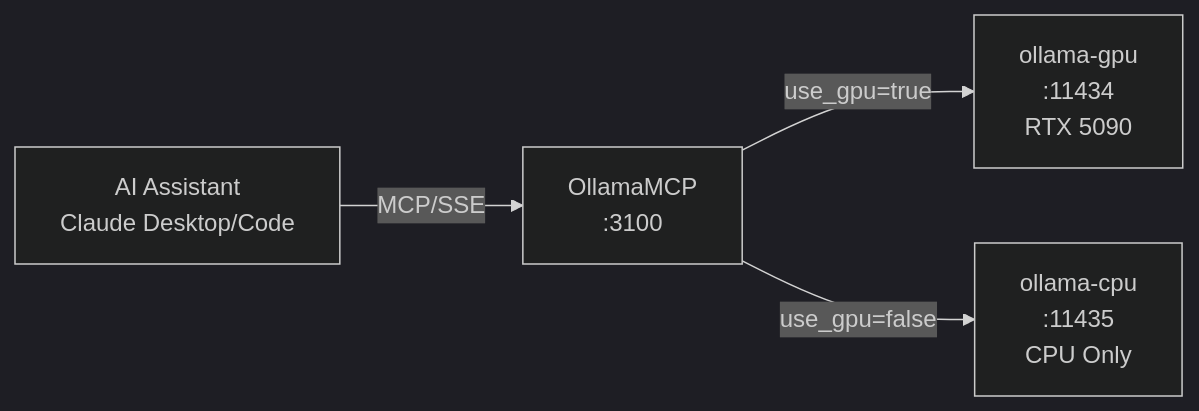
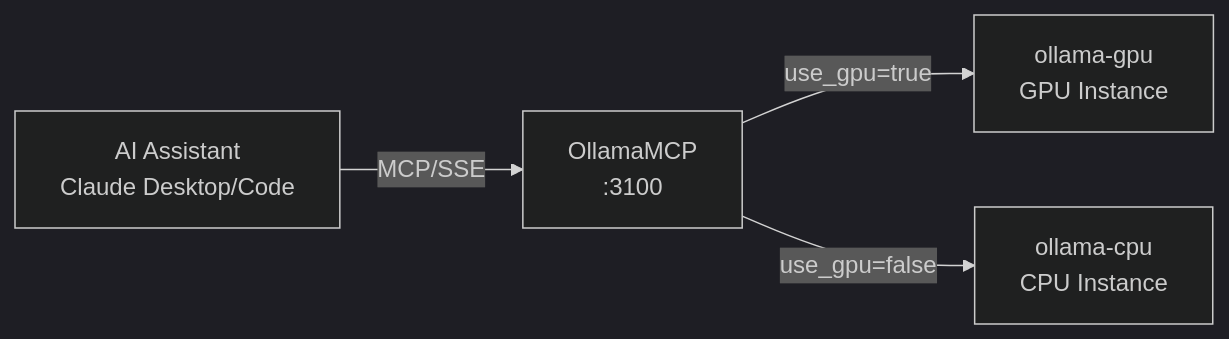
Before and after one commit to jpansarasa/ATLAS-Docs: the diagram in OllamaMCP/README.md, drawn with Mermaid (dark theme). The commit also changed other lines of this file and 17 other files, not shown here.

````diff
--- a/OllamaMCP/README.md
+++ b/OllamaMCP/README.md
@@ -11,6 +11,6 @@
 ```mermaid
 flowchart LR
     AI[AI Assistant<br/>Claude Desktop/Code] -->|MCP/SSE| MCP[OllamaMCP<br/>:3100]
-    MCP -->|use_gpu=true| GPU[ollama-gpu<br/>:11434<br/>RTX 5090]
-    MCP -->|use_gpu=false| CPU[ollama-cpu<br/>:11435<br/>CPU Only]
+    MCP -->|use_gpu=true| GPU[ollama-gpu<br/>GPU Instance]
+    MCP -->|use_gpu=false| CPU[ollama-cpu<br/>CPU Instance]
 ```
````
